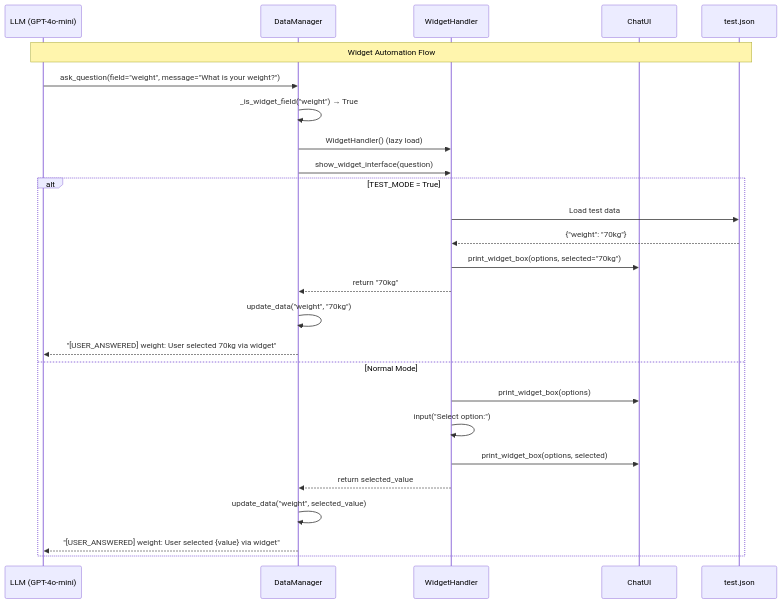
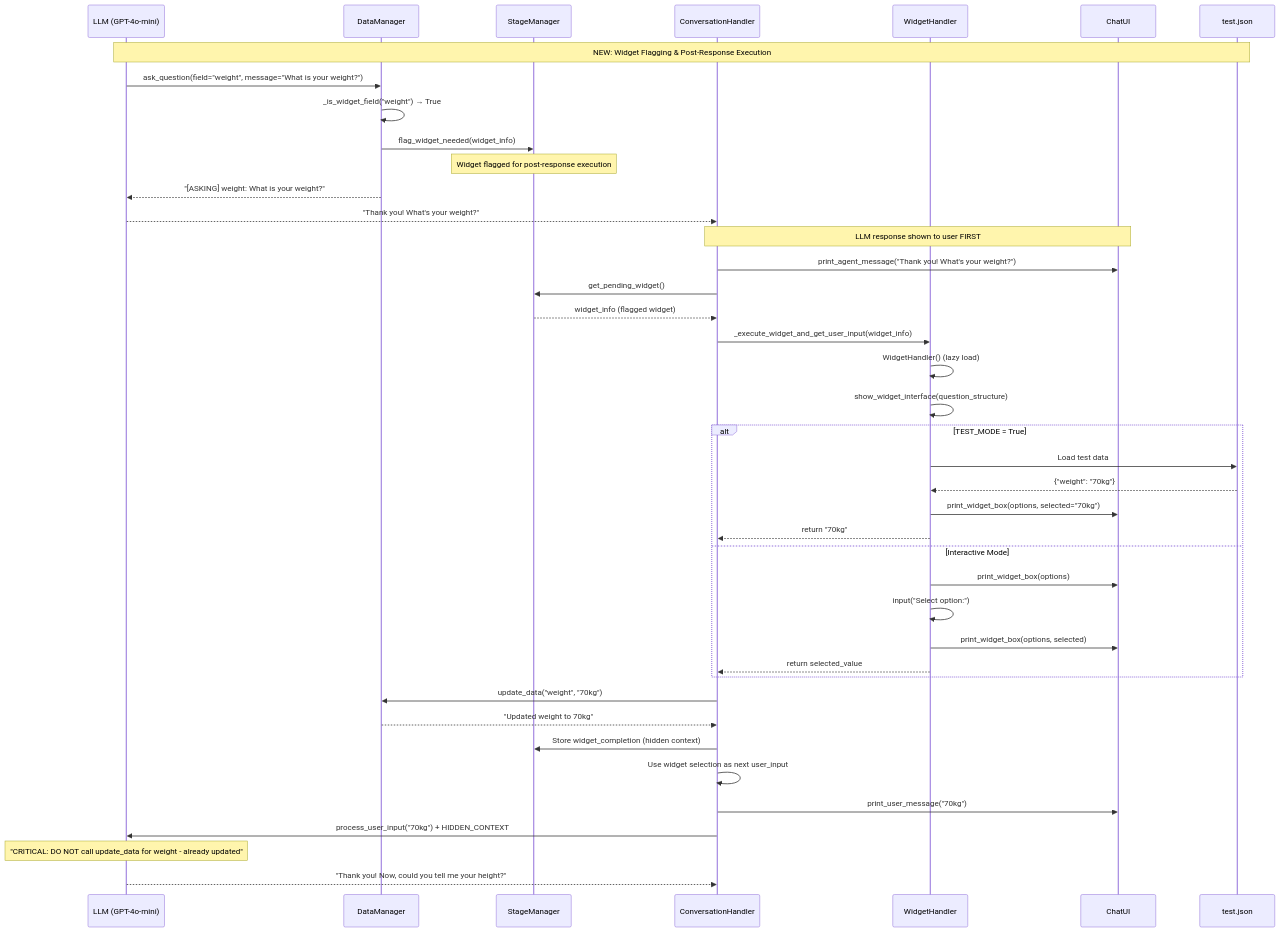
Before and after one commit to PoyrazTahan/onboarding_assistant: the fourth of 8 diagrams in IMPLEMENTATION_FLOW.md, drawn with Mermaid. The commit also changed other lines of this file and 1 other file, not shown here.

Commit message:
Implementation flow updated

````diff
--- a/IMPLEMENTATION_FLOW.md
+++ b/IMPLEMENTATION_FLOW.md
@@ -141,31 +144,56 @@
 ```mermaid
 sequenceDiagram
     participant LLM as LLM (GPT-4o-mini)
     participant DM as DataManager
+    participant SM as StageManager
+    participant CH as ConversationHandler
     participant WH as WidgetHandler
     participant UI as ChatUI
     participant TD as test.json
 
-    Note over LLM,TD: Widget Automation Flow
+    Note over LLM,TD: NEW: Widget Flagging & Post-Response Execution
 
+    %% Block 1: LLM Question Phase
     LLM->>DM: ask_question(field="weight", message="What is your weight?")
     DM->>DM: _is_widget_field("weight") → True
-    DM->>WH: WidgetHandler() (lazy load)
-    DM->>WH: show_widget_interface(question)
+    DM->>SM: flag_widget_needed(widget_info)
+    Note over SM: Widget flagged for post-response execution
+    DM-->>LLM: "[ASKING] weight: What is your weight?"
+    LLM-->>CH: "Thank you! What's your weight?"
+
+    Note over CH,UI: LLM response shown to user FIRST
+    CH->>UI: print_agent_message("Thank you! What's your weight?")
+
+    %% Block Separation: Widget executes AFTER LLM response
+    CH->>SM: get_pending_widget()
+    SM-->>CH: widget_info (flagged widget)
+    CH->>WH: _execute_widget_and_get_user_input(widget_info)
+    WH->>WH: WidgetHandler() (lazy load)
+    WH->>WH: show_widget_interface(question_structure)
 
     alt TEST_MODE = True
         WH->>TD: Load test data
         TD-->>WH: {"weight": "70kg"}
         WH->>UI: print_widget_box(options, selected="70kg")
-        WH-->>DM: return "70kg"
-        DM->>DM: update_data("weight", "70kg")
-        DM-->>LLM: "[USER_ANSWERED] weight: User selected 70kg via widget"
-    else Normal Mode
+        WH-->>CH: return "70kg"
+    else Interactive Mode
         WH->>UI: print_widget_box(options)
         WH->>WH: input("Select option:")
         WH->>UI: print_widget_box(options, selected)
-        WH-->>DM: return selected_value
-        DM->>DM: update_data("weight", selected_value)
-        DM-->>LLM: "[USER_ANSWERED] weight: User selected {value} via widget"
+        WH-->>CH: return selected_value
     end
+
+    %% Widget completion handling
+    CH->>DM: update_data("weight", "70kg")
+    DM-->>CH: "Updated weight to 70kg"
+    CH->>SM: Store widget_completion (hidden context)
+
+    %% Block 2: User Response Phase (NEW BLOCK)
+    CH->>CH: Use widget selection as next user_input
+    CH->>UI: print_user_message("70kg")
+
+    %% Hidden context injection prevents duplicate updates
+    CH->>LLM: process_user_input("70kg") + HIDDEN_CONTEXT
+    Note over LLM: "CRITICAL: DO NOT call update_data for weight - already updated"
+    LLM-->>CH: "Thank you! Now, could you tell me your height?"
 ```
````
